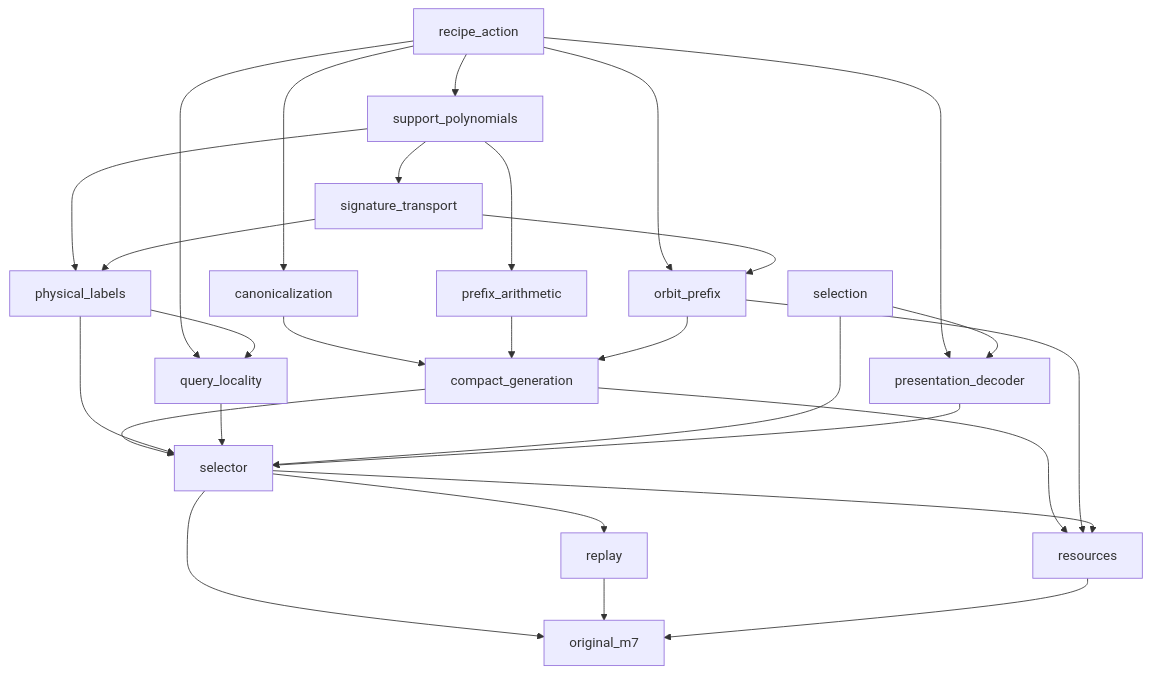
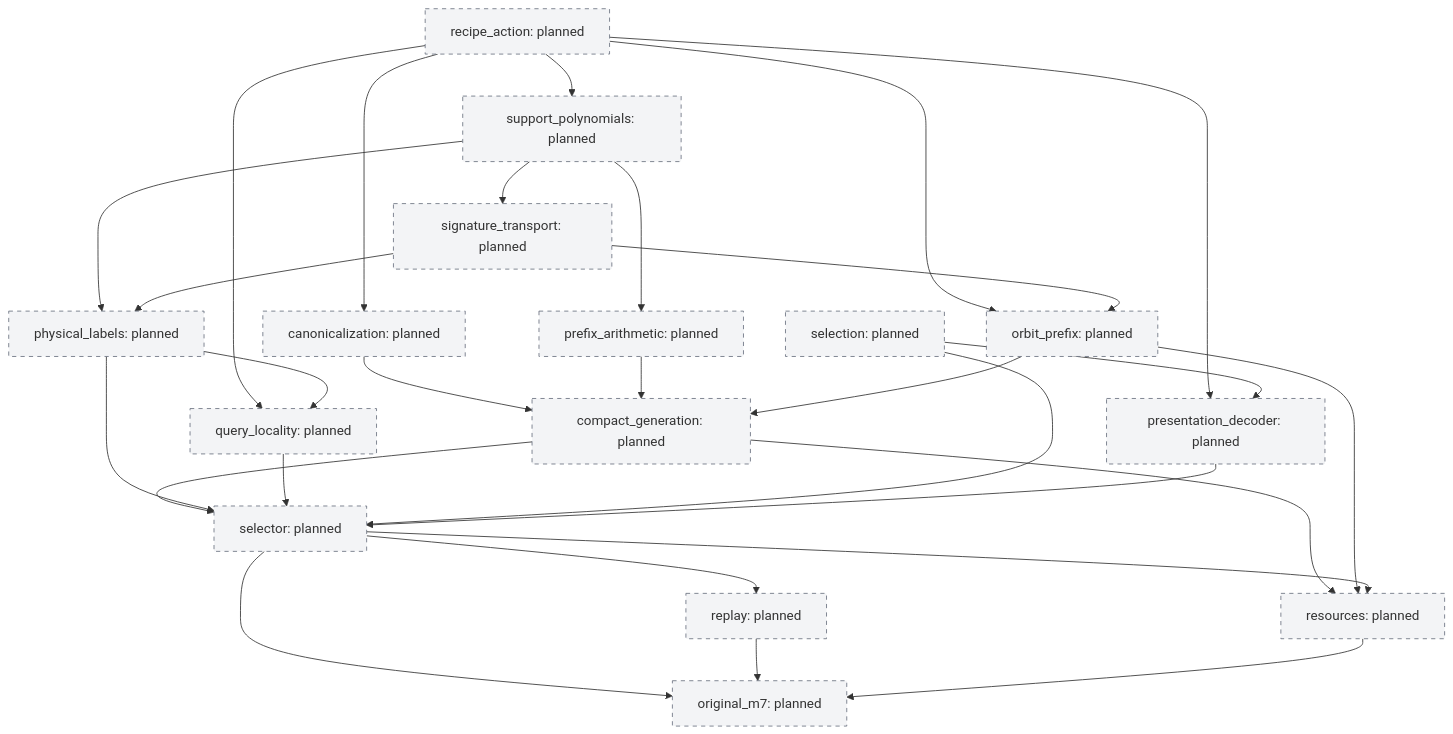
One commit to humanfia/science-mango changed the diagram in pipelines/quantum_formalize/examples/m7/GRAPH.md. Above: the diagram before and after it, drawn with Mermaid. The commit also changed other lines of this file and 1485 other files, not shown here.

````diff
--- a/pipelines/quantum_formalize/examples/m7/GRAPH.md
+++ b/pipelines/quantum_formalize/examples/m7/GRAPH.md
@@ -5,30 +5,50 @@
 ```mermaid
-graph TD
-  recipe_action --> support_polynomials
-  support_polynomials --> signature_transport
-  recipe_action --> canonicalization
-  support_polynomials --> prefix_arithmetic
-  recipe_action --> orbit_prefix
-  signature_transport --> orbit_prefix
-  canonicalization --> compact_generation
-  prefix_arithmetic --> compact_generation
-  orbit_prefix --> compact_generation
-  support_polynomials --> physical_labels
-  signature_transport --> physical_labels
-  recipe_action --> query_locality
-  physical_labels --> query_locality
-  recipe_action --> presentation_decoder
-  selection --> presentation_decoder
-  compact_generation --> selector
-  physical_labels --> selector
-  query_locality --> selector
-  selection --> selector
-  presentation_decoder --> selector
-  selector --> replay
-  compact_generation --> resources
-  orbit_prefix --> resources
-  selector --> resources
-  selector --> original_m7
-  replay --> original_m7
-  resources --> original_m7
+flowchart TD
+    selection["selection: planned"]:::planned
+    recipe_action["recipe_action: planned"]:::planned
+    support_polynomials["support_polynomials: planned"]:::planned
+    recipe_action --> support_polynomials
+    signature_transport["signature_transport: planned"]:::planned
+    support_polynomials --> signature_transport
+    canonicalization["canonicalization: planned"]:::planned
+    recipe_action --> canonicalization
+    prefix_arithmetic["prefix_arithmetic: planned"]:::planned
+    support_polynomials --> prefix_arithmetic
+    orbit_prefix["orbit_prefix: planned"]:::planned
+    recipe_action --> orbit_prefix
+    signature_transport --> orbit_prefix
+    compact_generation["compact_generation: planned"]:::planned
+    canonicalization --> compact_generation
+    prefix_arithmetic --> compact_generation
+    orbit_prefix --> compact_generation
+    physical_labels["physical_labels: planned"]:::planned
+    support_polynomials --> physical_labels
+    signature_transport --> physical_labels
+    query_locality["query_locality: planned"]:::planned
+    recipe_action --> query_locality
+    physical_labels --> query_locality
+    presentation_decoder["presentation_decoder: planned"]:::planned
+    recipe_action --> presentation_decoder
+    selection --> presentation_decoder
+    selector["selector: planned"]:::planned
+    compact_generation --> selector
+    physical_labels --> selector
+    query_locality --> selector
+    selection --> selector
+    presentation_decoder --> selector
+    replay["replay: planned"]:::planned
+    selector --> replay
+    resources["resources: planned"]:::planned
+    compact_generation --> resources
+    orbit_prefix --> resources
+    selector --> resources
+    original_m7["original_m7: planned"]:::planned
+    selector --> original_m7
+    replay --> original_m7
+    resources --> original_m7
+    classDef accepted fill:#dcfce7,stroke:#166534
+    classDef running fill:#dbeafe,stroke:#1d4ed8
+    classDef planned fill:#f3f4f6,stroke:#6b7280,stroke-dasharray:5 5
+    classDef failed fill:#fee2e2,stroke:#991b1b
+    classDef blocked fill:#ffedd5,stroke:#9a3412
 ```
````
